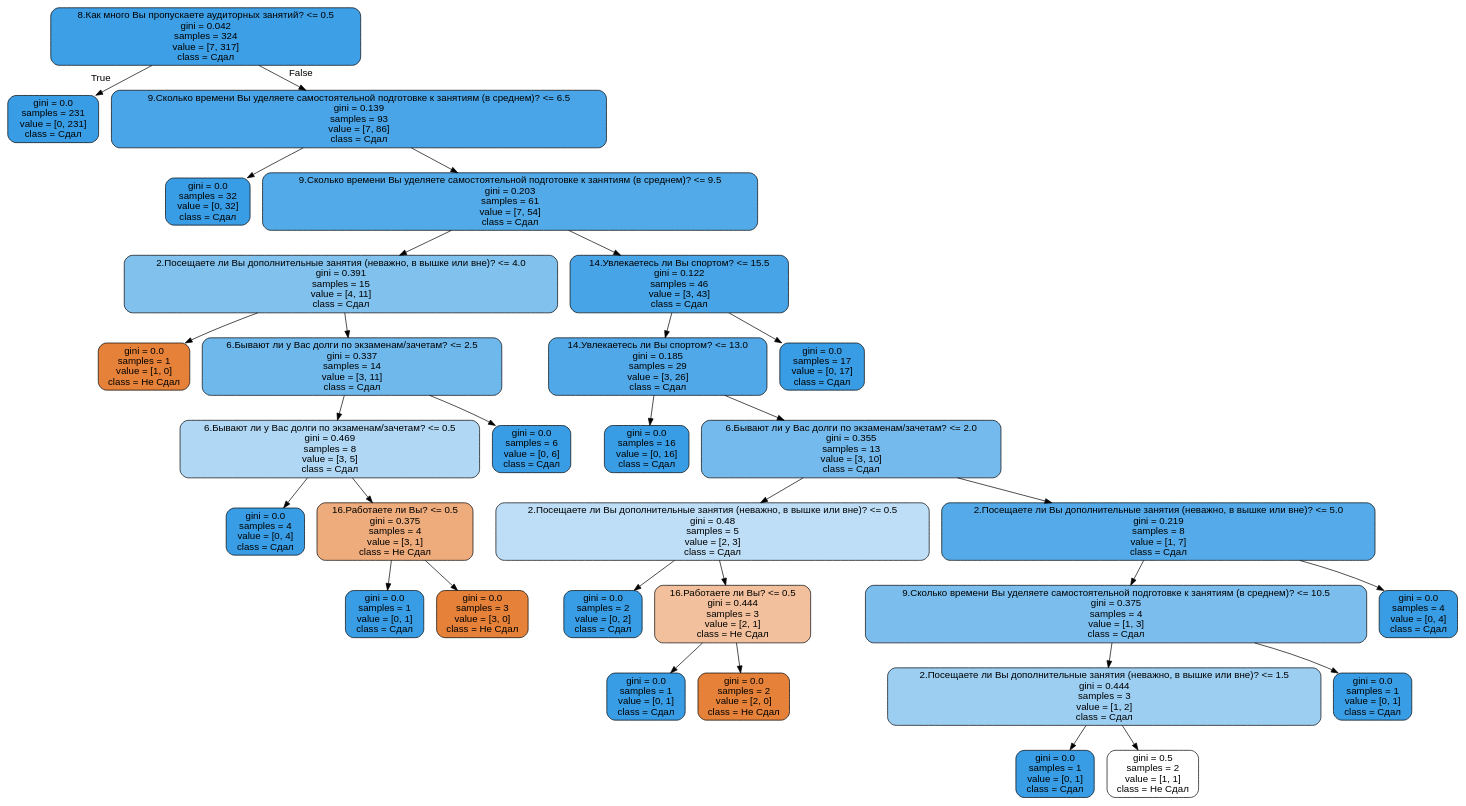
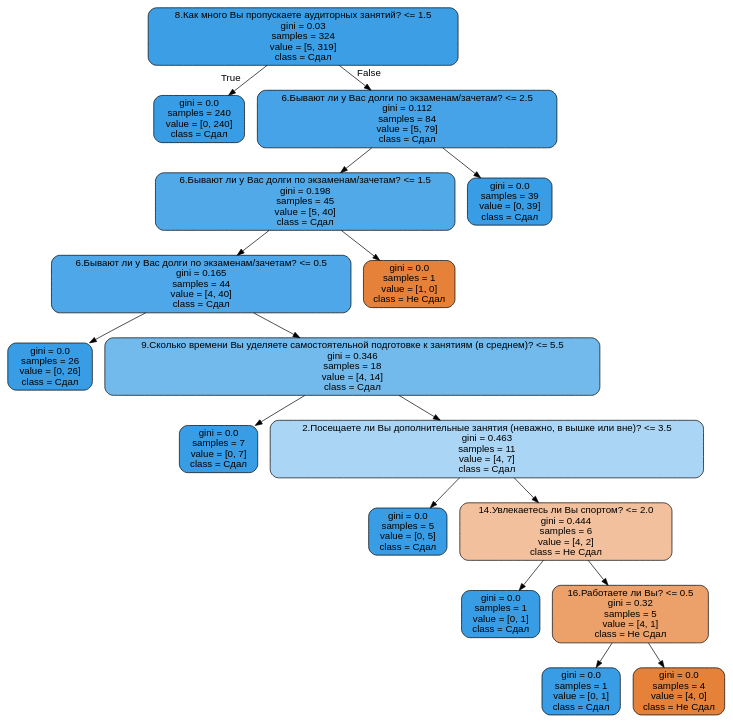
Before and after one commit to alexgiving/coursework_3: the diagram in myTreeName.dot, drawn with Graphviz. The commit also changed 1 other file, not shown here.

```diff
--- a/myTreeName.dot
+++ b/myTreeName.dot
@@ -1,65 +1,37 @@
 digraph Tree {
 node [shape=box, style="filled, rounded", color="black", fontname="helvetica"] ;
 edge [fontname="helvetica"] ;
-0 [label="8.Как много Вы пропускаете аудиторных занятий? <= 0.5\ngini = 0.042\nsamples = 324\nvalue = [7, 317]\nclass = Сдал", fillcolor="#3d9fe6"] ;
-1 [label="gini = 0.0\nsamples = 231\nvalue = [0, 231]\nclass = Сдал", fillcolor="#399de5"] ;
+0 [label="8.Как много Вы пропускаете аудиторных занятий? <= 1.5\ngini = 0.03\nsamples = 324\nvalue = [5, 319]\nclass = Сдал", fillcolor="#3c9fe5"] ;
+1 [label="gini = 0.0\nsamples = 240\nvalue = [0, 240]\nclass = Сдал", fillcolor="#399de5"] ;
 0 -> 1 [labeldistance=2.5, labelangle=45, headlabel="True"] ;
-2 [label="9.Сколько времени Вы уделяете самостоятельной подготовке к занятиям (в среднем)? <= 6.5\ngini = 0.139\nsamples = 93\nvalue = [7, 86]\nclass = Сдал", fillcolor="#49a5e7"] ;
+2 [label="6.Бывают ли у Вас долги по экзаменам/зачетам? <= 2.5\ngini = 0.112\nsamples = 84\nvalue = [5, 79]\nclass = Сдал", fillcolor="#46a3e7"] ;
 0 -> 2 [labeldistance=2.5, labelangle=-45, headlabel="False"] ;
-3 [label="gini = 0.0\nsamples = 32\nvalue = [0, 32]\nclass = Сдал", fillcolor="#399de5"] ;
+3 [label="6.Бывают ли у Вас долги по экзаменам/зачетам? <= 1.5\ngini = 0.198\nsamples = 45\nvalue = [5, 40]\nclass = Сдал", fillcolor="#52a9e8"] ;
 2 -> 3 ;
-4 [label="9.Сколько времени Вы уделяете самостоятельной подготовке к занятиям (в среднем)? <= 9.5\ngini = 0.203\nsamples = 61\nvalue = [7, 54]\nclass = Сдал", fillcolor="#53aae8"] ;
-2 -> 4 ;
-5 [label="2.Посещаете ли Вы дополнительные занятия (неважно, в вышке или вне)? <= 4.0\ngini = 0.391\nsamples = 15\nvalue = [4, 11]\nclass = Сдал", fillcolor="#81c1ee"] ;
+4 [label="6.Бывают ли у Вас долги по экзаменам/зачетам? <= 0.5\ngini = 0.165\nsamples = 44\nvalue = [4, 40]\nclass = Сдал", fillcolor="#4da7e8"] ;
+3 -> 4 ;
+5 [label="gini = 0.0\nsamples = 26\nvalue = [0, 26]\nclass = Сдал", fillcolor="#399de5"] ;
 4 -> 5 ;
-6 [label="gini = 0.0\nsamples = 1\nvalue = [1, 0]\nclass = Не Сдал", fillcolor="#e58139"] ;
-5 -> 6 ;
-7 [label="6.Бывают ли у Вас долги по экзаменам/зачетам? <= 2.5\ngini = 0.337\nsamples = 14\nvalue = [3, 11]\nclass = Сдал", fillcolor="#6fb8ec"] ;
-5 -> 7 ;
-8 [label="6.Бывают ли у Вас долги по экзаменам/зачетам? <= 0.5\ngini = 0.469\nsamples = 8\nvalue = [3, 5]\nclass = Сдал", fillcolor="#b0d8f5"] ;
-7 -> 8 ;
-9 [label="gini = 0.0\nsamples = 4\nvalue = [0, 4]\nclass = Сдал", fillcolor="#399de5"] ;
+6 [label="9.Сколько времени Вы уделяете самостоятельной подготовке к занятиям (в среднем)? <= 5.5\ngini = 0.346\nsamples = 18\nvalue = [4, 14]\nclass = Сдал", fillcolor="#72b9ec"] ;
+4 -> 6 ;
+7 [label="gini = 0.0\nsamples = 7\nvalue = [0, 7]\nclass = Сдал", fillcolor="#399de5"] ;
+6 -> 7 ;
+8 [label="2.Посещаете ли Вы дополнительные занятия (неважно, в вышке или вне)? <= 3.5\ngini = 0.463\nsamples = 11\nvalue = [4, 7]\nclass = Сдал", fillcolor="#aad5f4"] ;
+6 -> 8 ;
+9 [label="gini = 0.0\nsamples = 5\nvalue = [0, 5]\nclass = Сдал", fillcolor="#399de5"] ;
 8 -> 9 ;
-10 [label="16.Работаете ли Вы? <= 0.5\ngini = 0.375\nsamples = 4\nvalue = [3, 1]\nclass = Не Сдал", fillcolor="#eeab7b"] ;
+10 [label="14.Увлекаетесь ли Вы спортом? <= 2.0\ngini = 0.444\nsamples = 6\nvalue = [4, 2]\nclass = Не Сдал", fillcolor="#f2c09c"] ;
 8 -> 10 ;
 11 [label="gini = 0.0\nsamples = 1\nvalue = [0, 1]\nclass = Сдал", fillcolor="#399de5"] ;
 10 -> 11 ;
-12 [label="gini = 0.0\nsamples = 3\nvalue = [3, 0]\nclass = Не Сдал", fillcolor="#e58139"] ;
+12 [label="16.Работаете ли Вы? <= 0.5\ngini = 0.32\nsamples = 5\nvalue = [4, 1]\nclass = Не Сдал", fillcolor="#eca06a"] ;
 10 -> 12 ;
-13 [label="gini = 0.0\nsamples = 6\nvalue = [0, 6]\nclass = Сдал", fillcolor="#399de5"] ;
-7 -> 13 ;
-14 [label="14.Увлекаетесь ли Вы спортом? <= 15.5\ngini = 0.122\nsamples = 46\nvalue = [3, 43]\nclass = Сдал", fillcolor="#47a4e7"] ;
-4 -> 14 ;
-15 [label="14.Увлекаетесь ли Вы спортом? <= 13.0\ngini = 0.185\nsamples = 29\nvalue = [3, 26]\nclass = Сдал", fillcolor="#50a8e8"] ;
-14 -> 15 ;
-16 [label="gini = 0.0\nsamples = 16\nvalue = [0, 16]\nclass = Сдал", fillcolor="#399de5"] ;
-15 -> 16 ;
-17 [label="6.Бывают ли у Вас долги по экзаменам/зачетам? <= 2.0\ngini = 0.355\nsamples = 13\nvalue = [3, 10]\nclass = Сдал", fillcolor="#74baed"] ;
-15 -> 17 ;
-18 [label="2.Посещаете ли Вы дополнительные занятия (неважно, в вышке или вне)? <= 0.5\ngini = 0.48\nsamples = 5\nvalue = [2, 3]\nclass = Сдал", fillcolor="#bddef6"] ;
-17 -> 18 ;
-19 [label="gini = 0.0\nsamples = 2\nvalue = [0, 2]\nclass = Сдал", fillcolor="#399de5"] ;
-18 -> 19 ;
-20 [label="16.Работаете ли Вы? <= 0.5\ngini = 0.444\nsamples = 3\nvalue = [2, 1]\nclass = Не Сдал", fillcolor="#f2c09c"] ;
-18 -> 20 ;
-21 [label="gini = 0.0\nsamples = 1\nvalue = [0, 1]\nclass = Сдал", fillcolor="#399de5"] ;
-20 -> 21 ;
-22 [label="gini = 0.0\nsamples = 2\nvalue = [2, 0]\nclass = Не Сдал", fillcolor="#e58139"] ;
-20 -> 22 ;
-23 [label="2.Посещаете ли Вы дополнительные занятия (неважно, в вышке или вне)? <= 5.0\ngini = 0.219\nsamples = 8\nvalue = [1, 7]\nclass = Сдал", fillcolor="#55abe9"] ;
-17 -> 23 ;
-24 [label="9.Сколько времени Вы уделяете самостоятельной подготовке к занятиям (в среднем)? <= 10.5\ngini = 0.375\nsamples = 4\nvalue = [1, 3]\nclass = Сдал", fillcolor="#7bbeee"] ;
-23 -> 24 ;
-25 [label="2.Посещаете ли Вы дополнительные занятия (неважно, в вышке или вне)? <= 1.5\ngini = 0.444\nsamples = 3\nvalue = [1, 2]\nclass = Сдал", fillcolor="#9ccef2"] ;
-24 -> 25 ;
-26 [label="gini = 0.0\nsamples = 1\nvalue = [0, 1]\nclass = Сдал", fillcolor="#399de5"] ;
-25 -> 26 ;
-27 [label="gini = 0.5\nsamples = 2\nvalue = [1, 1]\nclass = Не Сдал", fillcolor="#ffffff"] ;
-25 -> 27 ;
-28 [label="gini = 0.0\nsamples = 1\nvalue = [0, 1]\nclass = Сдал", fillcolor="#399de5"] ;
-24 -> 28 ;
-29 [label="gini = 0.0\nsamples = 4\nvalue = [0, 4]\nclass = Сдал", fillcolor="#399de5"] ;
-23 -> 29 ;
-30 [label="gini = 0.0\nsamples = 17\nvalue = [0, 17]\nclass = Сдал", fillcolor="#399de5"] ;
-14 -> 30 ;
+13 [label="gini = 0.0\nsamples = 1\nvalue = [0, 1]\nclass = Сдал", fillcolor="#399de5"] ;
+12 -> 13 ;
+14 [label="gini = 0.0\nsamples = 4\nvalue = [4, 0]\nclass = Не Сдал", fillcolor="#e58139"] ;
+12 -> 14 ;
+15 [label="gini = 0.0\nsamples = 1\nvalue = [1, 0]\nclass = Не Сдал", fillcolor="#e58139"] ;
+3 -> 15 ;
+16 [label="gini = 0.0\nsamples = 39\nvalue = [0, 39]\nclass = Сдал", fillcolor="#399de5"] ;
+2 -> 16 ;
 }
```
